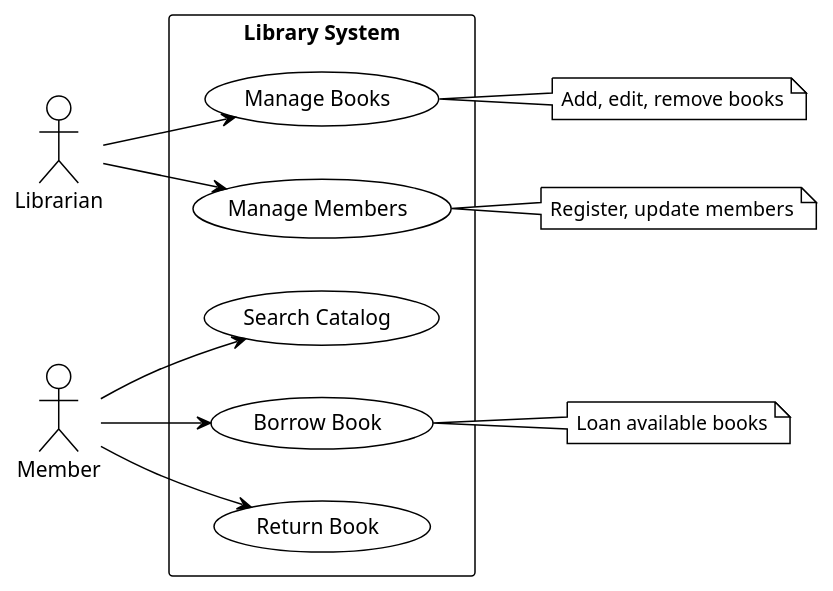
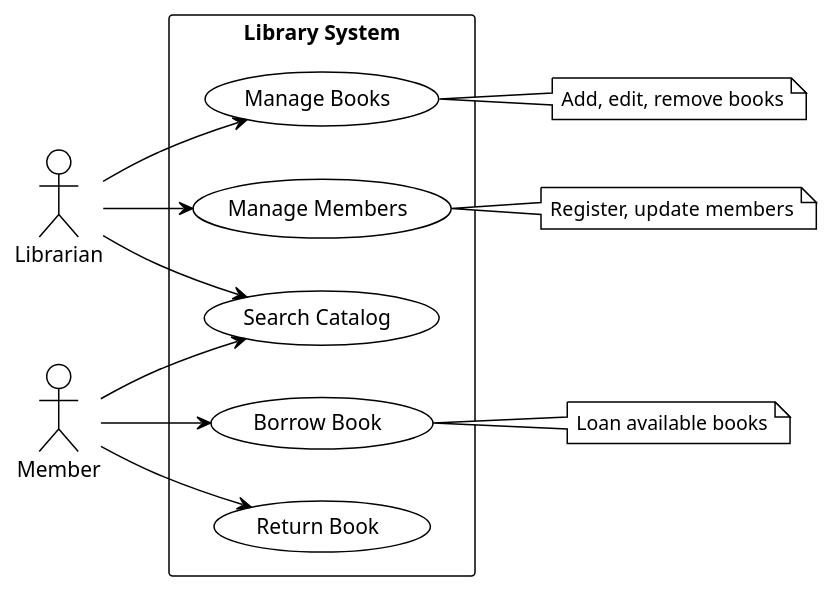
The diagram in src/uml/newversionUseCase.puml (BramLab/IntecPunt), drawn with PlantUML before and after one commit. The commit also changed 1 other file, not shown here.

Commit message:
creation ClassDiagram

```diff
--- a/src/uml/newversionUseCase.puml
+++ b/src/uml/newversionUseCase.puml
@@ -1,28 +1,29 @@
 @startuml
 !theme plain
 
 left to right direction
 
 actor "Librarian" as lib
 actor "Member" as mem
 
 rectangle "Library System" {
   (Manage Books) as uc1
   (Manage Members) as uc2
   (Search Catalog) as uc3
   (Borrow Book) as uc4
   (Return Book) as uc5
 }
 
 ' Relations
 lib --> uc1
 lib --> uc2
+lib --> uc3
 mem --> uc3
 mem --> uc4
 mem --> uc5
 
 ' Notes courtes
 note right of uc1 : Add, edit, remove books
 note right of uc2 : Register, update members
 note right of uc4 : Loan available books
 @enduml
```
